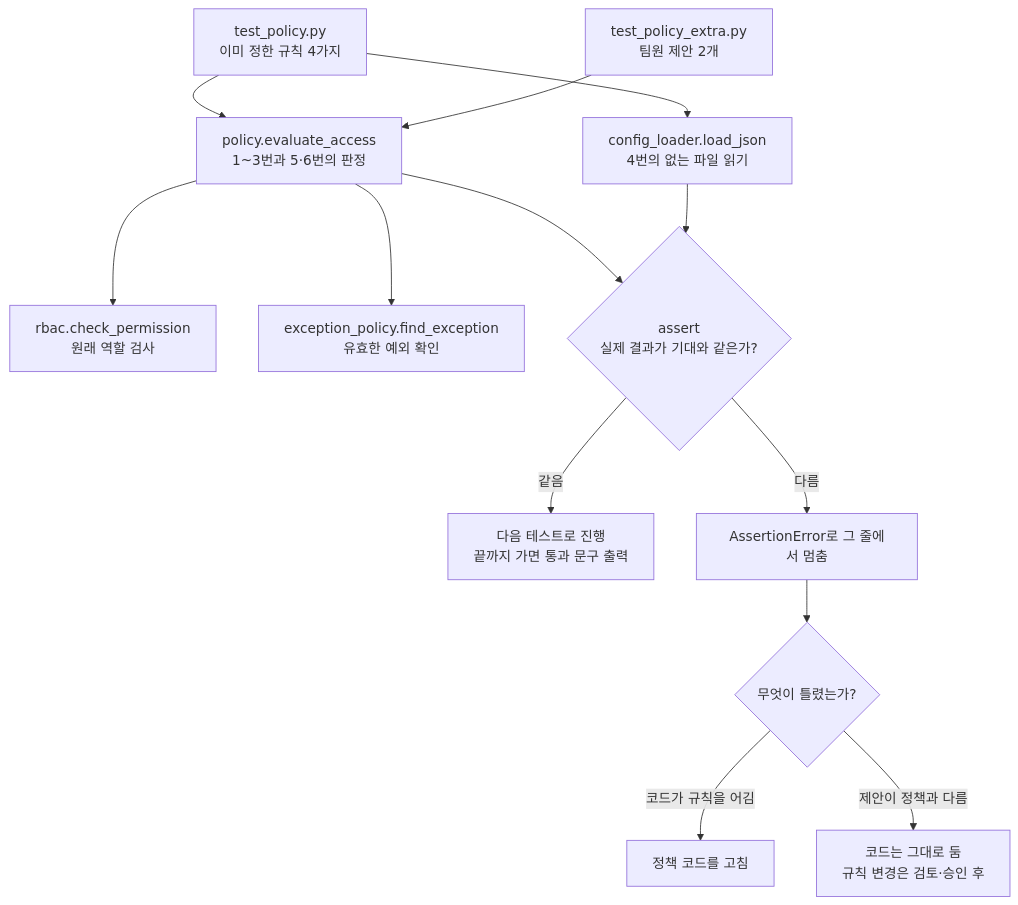
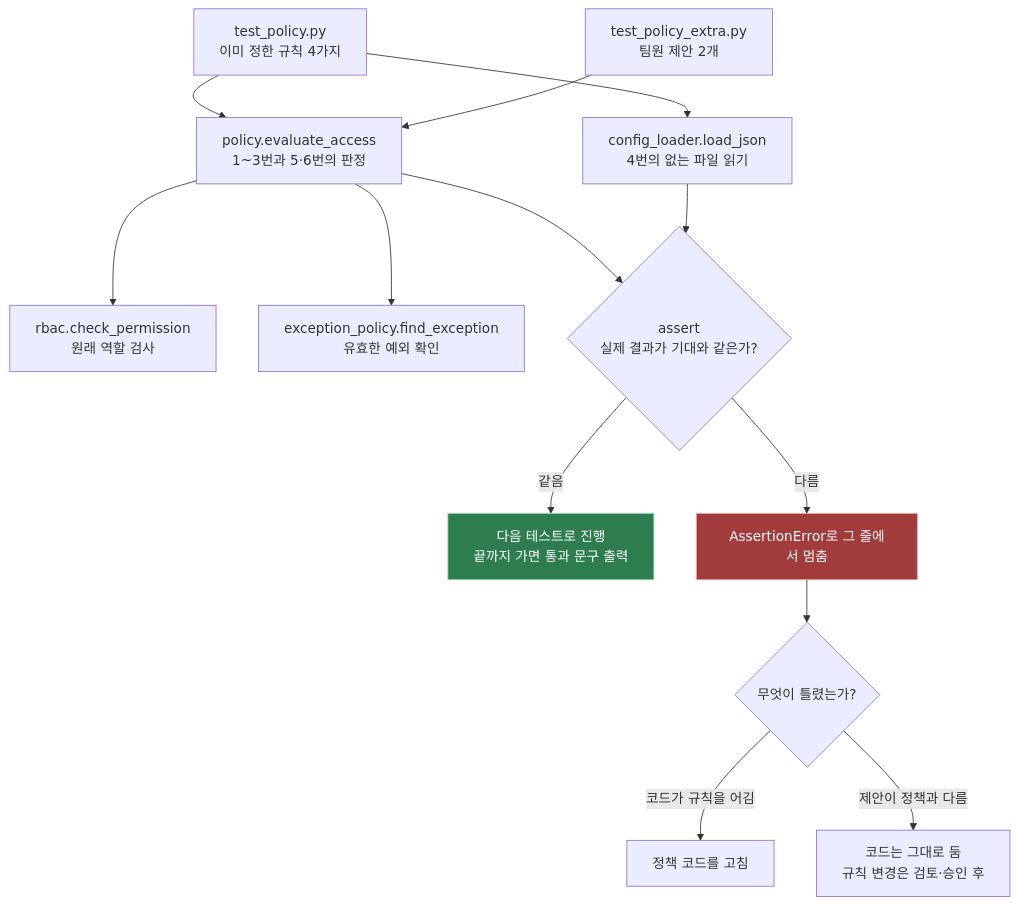
The tenth of 10 diagrams in code_review/code_report/10-22_day02.md (eldi96/security-agent-toolkit), drawn with Mermaid before and after one commit. The commit also changed other lines of this file and 19 other files, not shown here.

````diff
--- a/code_review/code_report/10-22_day02.md
+++ b/code_review/code_report/10-22_day02.md
@@ -443,21 +600,25 @@
 ```mermaid
 flowchart TB
     T1["test_policy.py<br/>이미 정한 규칙 4가지"] --> P["policy.evaluate_access<br/>1~3번과 5·6번의 판정"]
     T1 --> L["config_loader.load_json<br/>4번의 없는 파일 읽기"]
     T2["test_policy_extra.py<br/>팀원 제안 2개"] --> P
     P --> R["rbac.check_permission<br/>원래 역할 검사"]
     P --> X["exception_policy.find_exception<br/>유효한 예외 확인"]
     P --> A{"assert<br/>실제 결과가 기대와 같은가?"}
     L --> A
     A -->|같음| NEXT["다음 테스트로 진행<br/>끝까지 가면 통과 문구 출력"]
     A -->|다름| FAIL["AssertionError로 그 줄에서 멈춤"]
     FAIL --> J{"무엇이 틀렸는가?"}
     J -->|코드가 규칙을 어김| FIX["정책 코드를 고침"]
     J -->|제안이 정책과 다름| REVIEW["코드는 그대로 둠<br/>규칙 변경은 검토·승인 후"]
+    classDef allow fill:#2e7d4f,stroke:#8fd6a8,color:#ffffff
+    classDef deny fill:#a23b3b,stroke:#eba6a6,color:#ffffff
+    class NEXT allow
+    class FAIL deny
     click T1 "../functions/test_policy.py" "코드 파일 열기"
     click T2 "../functions/test_policy_extra.py" "코드 파일 열기"
     click P "../functions/policy.py" "코드 파일 열기"
     click L "../functions/config_loader.py" "코드 파일 열기"
     click R "../functions/rbac.py" "코드 파일 열기"
     click X "../functions/exception_policy.py" "코드 파일 열기"
 ```
````
